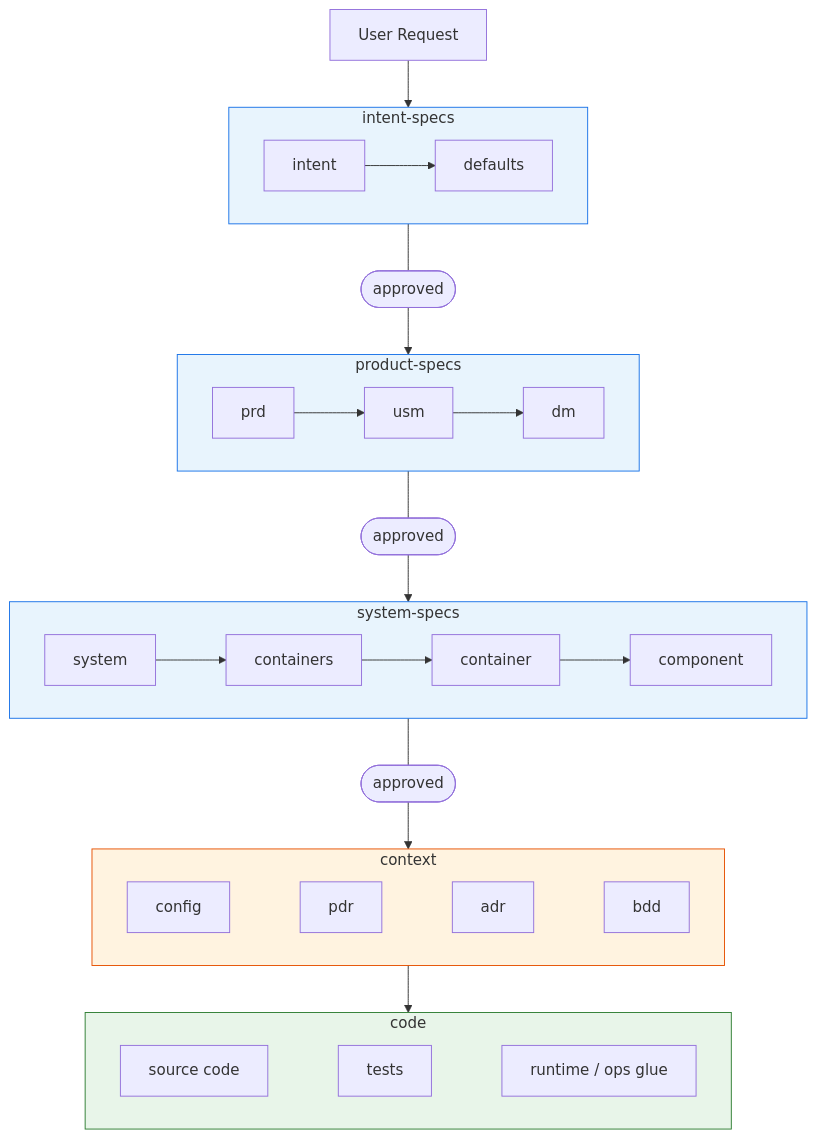
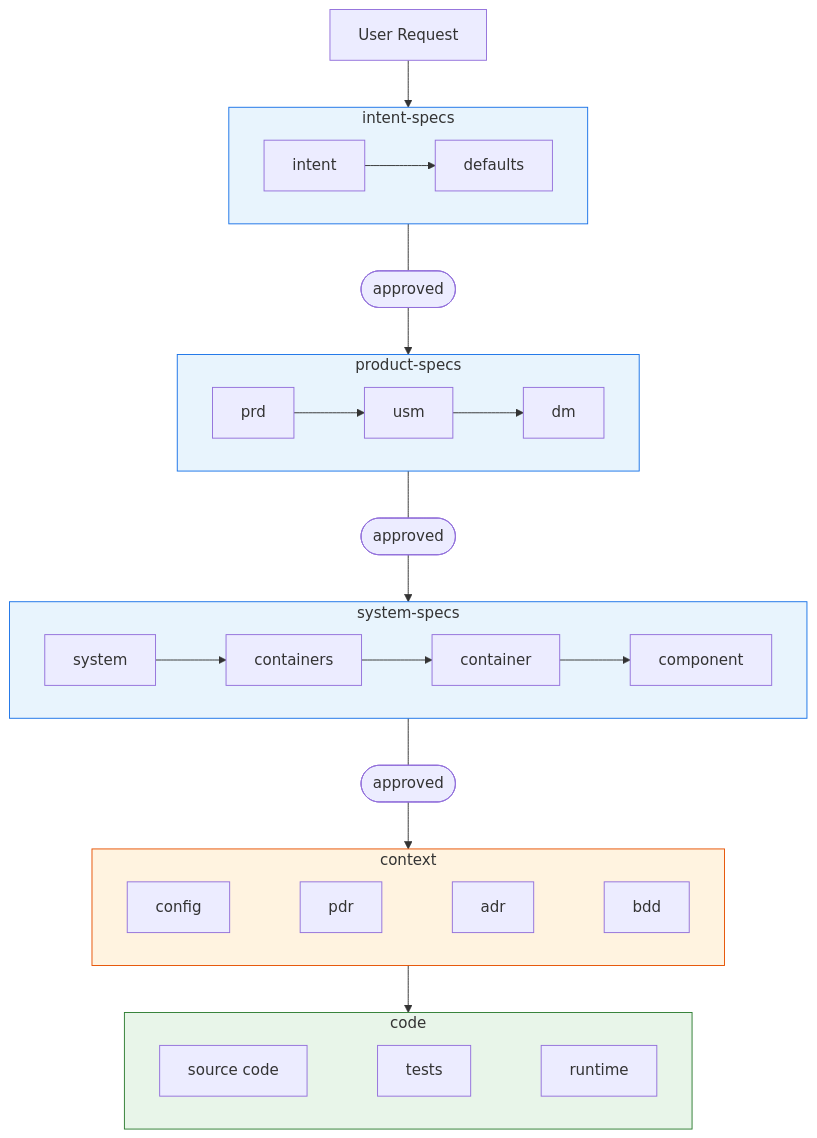
Before and after one commit to dahans-msft2/vibeloom-copilot-cli: the first of 3 diagrams in v02/vibeloom-methodology.md, drawn with Mermaid. The commit also changed other lines of this file, not shown here.

Commit message:
Tighten methodology graph semantics and wording

````diff
--- a/v02/vibeloom-methodology.md
+++ b/v02/vibeloom-methodology.md
@@ -65,42 +66,42 @@
 ```mermaid
 graph TD
     H[User Request] --> T1
 
     subgraph T1 [intent-specs]
         direction LR
         intent[intent] --> defaults[defaults]
     end
     T1 --- A1([approved])
 
     A1 --> T2
     subgraph T2 [product-specs]
         direction LR
         prd[prd] --> usm[usm] --> dm[dm]
     end
     T2 --- A2([approved])
 
     A2 --> T3
     subgraph T3 [system-specs]
         direction LR
         system[system] --> containers[containers] --> container[container] --> component[component]
     end
     T3 --- A3([approved])
 
     A3 --> T4
     subgraph T4 [context]
         direction LR
         config[config] ~~~ pdr[pdr] ~~~ adr[adr] ~~~ bdd[bdd]
     end
 
     T4 --> T5
     subgraph T5 [code]
         direction LR
-        source[source code] ~~~ tests[tests] ~~~ ops[runtime / ops glue]
+        source[source code] ~~~ tests[tests] ~~~ ops[runtime]
     end
 
     style T1 fill:#e8f4fd,stroke:#1a73e8
     style T2 fill:#e8f4fd,stroke:#1a73e8
     style T3 fill:#e8f4fd,stroke:#1a73e8
     style T4 fill:#fff3e0,stroke:#e65100
     style T5 fill:#e8f5e9,stroke:#2e7d32
 ```
````
